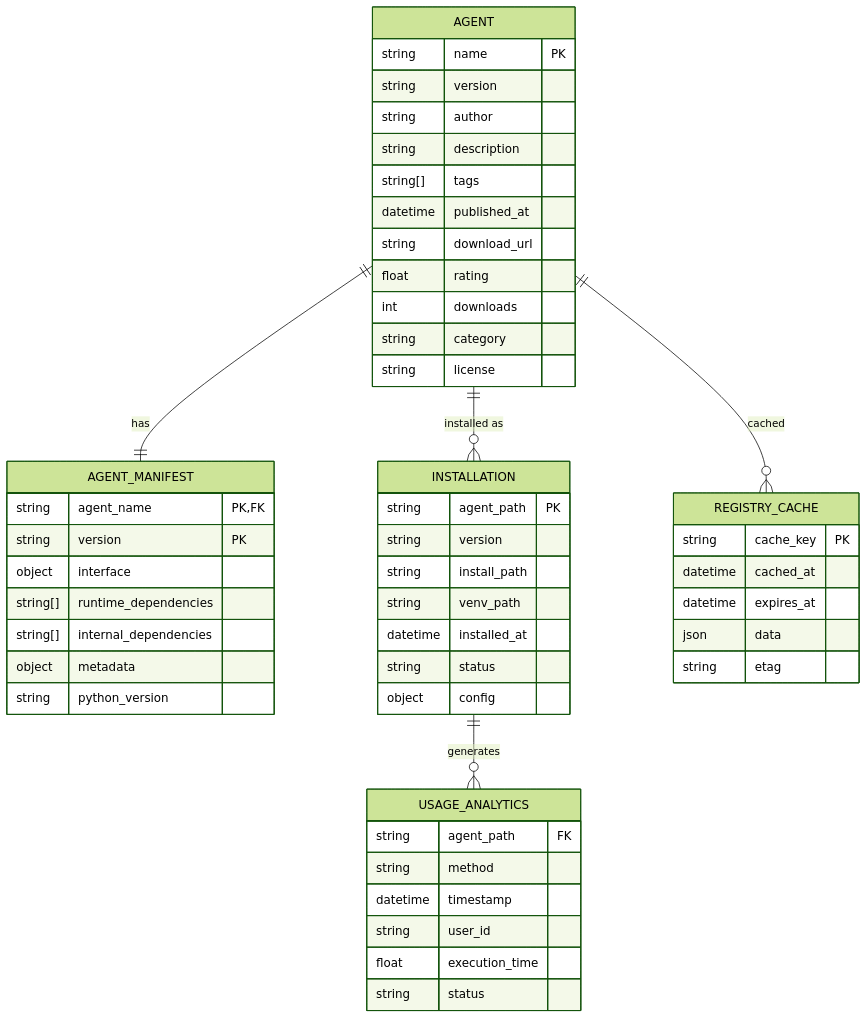
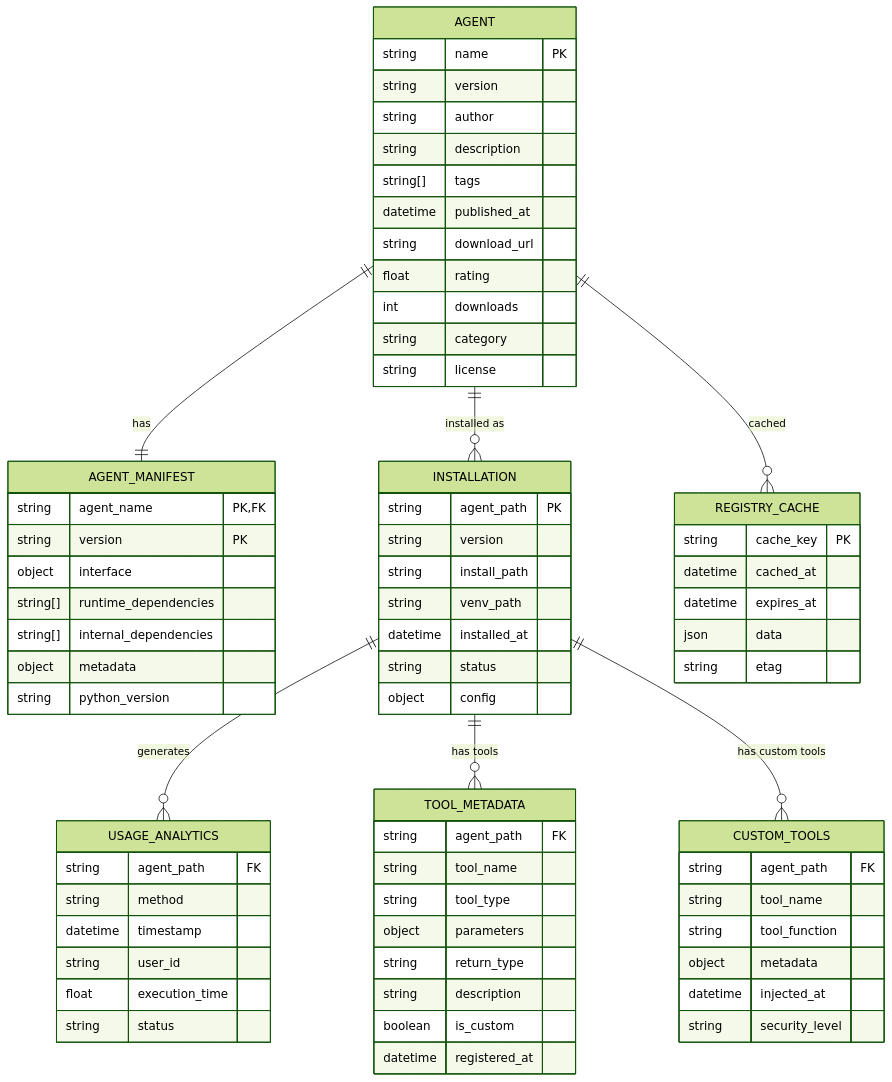
One commit to agentplug/agenthub changed the first of 5 diagrams in docs/.architecture_design/04_data_architecture.md. Above: the diagram before and after it, drawn with Mermaid (forest theme). The commit also changed other lines of this file and 14 other files, not shown here.

Commit message:
add tool management to architecture design

````diff
--- a/docs/.architecture_design/04_data_architecture.md
+++ b/docs/.architecture_design/04_data_architecture.md
@@ -19,58 +19,80 @@
 ```mermaid
 erDiagram
     AGENT {
         string name PK
         string version
         string author
         string description
         string[] tags
         datetime published_at
         string download_url
         float rating
         int downloads
         string category
         string license
     }
     
     AGENT_MANIFEST {
         string agent_name PK, FK
         string version PK
         object interface
         string[] runtime_dependencies
         string[] internal_dependencies
         object metadata
         string python_version
     }
     
     INSTALLATION {
         string agent_path PK
         string version
         string install_path
         string venv_path
         datetime installed_at
         string status
         object config
     }
     
     USAGE_ANALYTICS {
         string agent_path FK
         string method
         datetime timestamp
         string user_id
         float execution_time
         string status
     }
     
+    TOOL_METADATA {
+        string agent_path FK
+        string tool_name
+        string tool_type
+        object parameters
+        string return_type
+        string description
+        boolean is_custom
+        datetime registered_at
+    }
+    
+    CUSTOM_TOOLS {
+        string agent_path FK
+        string tool_name
+        string tool_function
+        object metadata
+        datetime injected_at
+        string security_level
+    }
+    
     REGISTRY_CACHE {
         string cache_key PK
         datetime cached_at
         datetime expires_at
         json data
         string etag
     }
     
     AGENT ||--|| AGENT_MANIFEST : has
     AGENT ||--o{ INSTALLATION : "installed as"
     INSTALLATION ||--o{ USAGE_ANALYTICS : generates
+    INSTALLATION ||--o{ TOOL_METADATA : "has tools"
+    INSTALLATION ||--o{ CUSTOM_TOOLS : "has custom tools"
     AGENT ||--o{ REGISTRY_CACHE : cached
 ```
````
